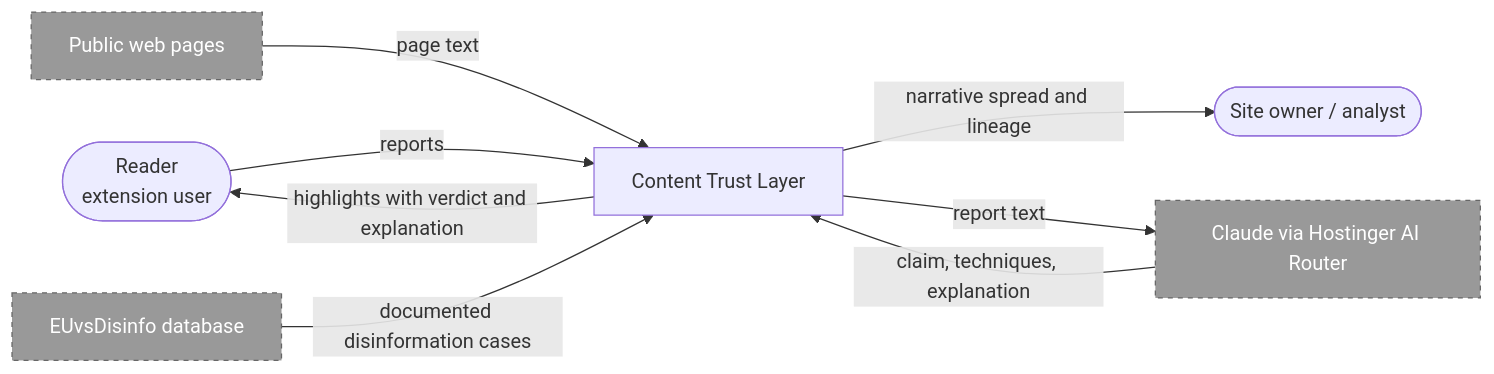
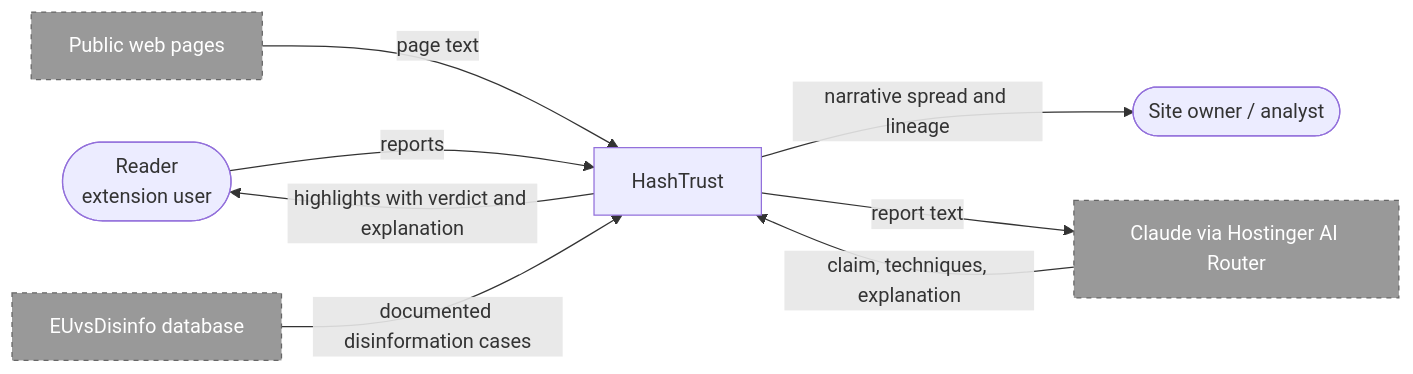
The first of 4 diagrams in docs/components.md (nlinnanen/konklaavi), drawn with Mermaid before and after one commit. The commit also changed other lines of this file and 23 other files, not shown here.

Commit message:
chore: rename the app to HashTrust

````diff
--- a/docs/components.md
+++ b/docs/components.md
@@ -7,20 +7,20 @@
 ```mermaid
 flowchart LR
   Reader(["Reader<br/>extension user"])
   Owner(["Site owner / analyst"])
-  Sys["Content Trust Layer"]
+  Sys["HashTrust"]
   Web["Public web pages"]
   EU["EUvsDisinfo database"]
   Claude["Claude via Hostinger AI Router"]
 
   Reader -->|reports| Sys
   Sys -->|highlights with verdict and explanation| Reader
   Sys -->|narrative spread and lineage| Owner
   Web -->|page text| Sys
   EU -->|documented disinformation cases| Sys
   Sys -->|report text| Claude
   Claude -->|claim, techniques, explanation| Sys
 
   classDef ext fill:#999,stroke:#666,stroke-dasharray:4,color:#fff
   class Web,EU,Claude ext
 ```
````
